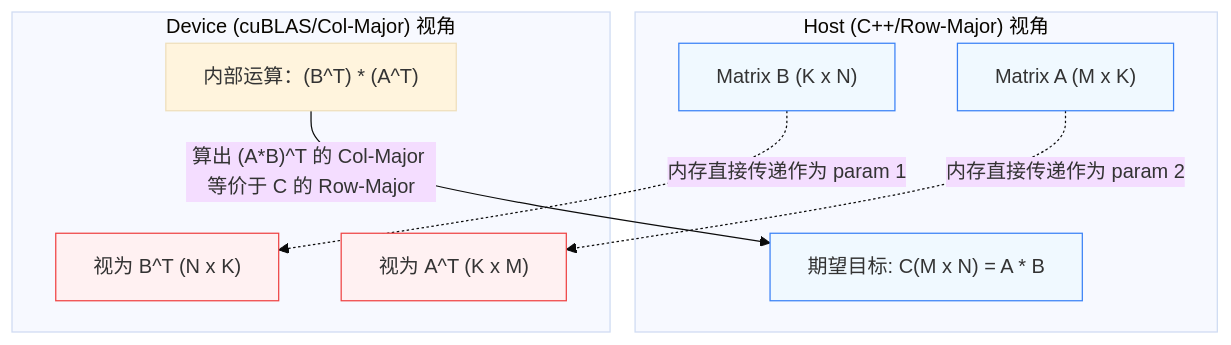
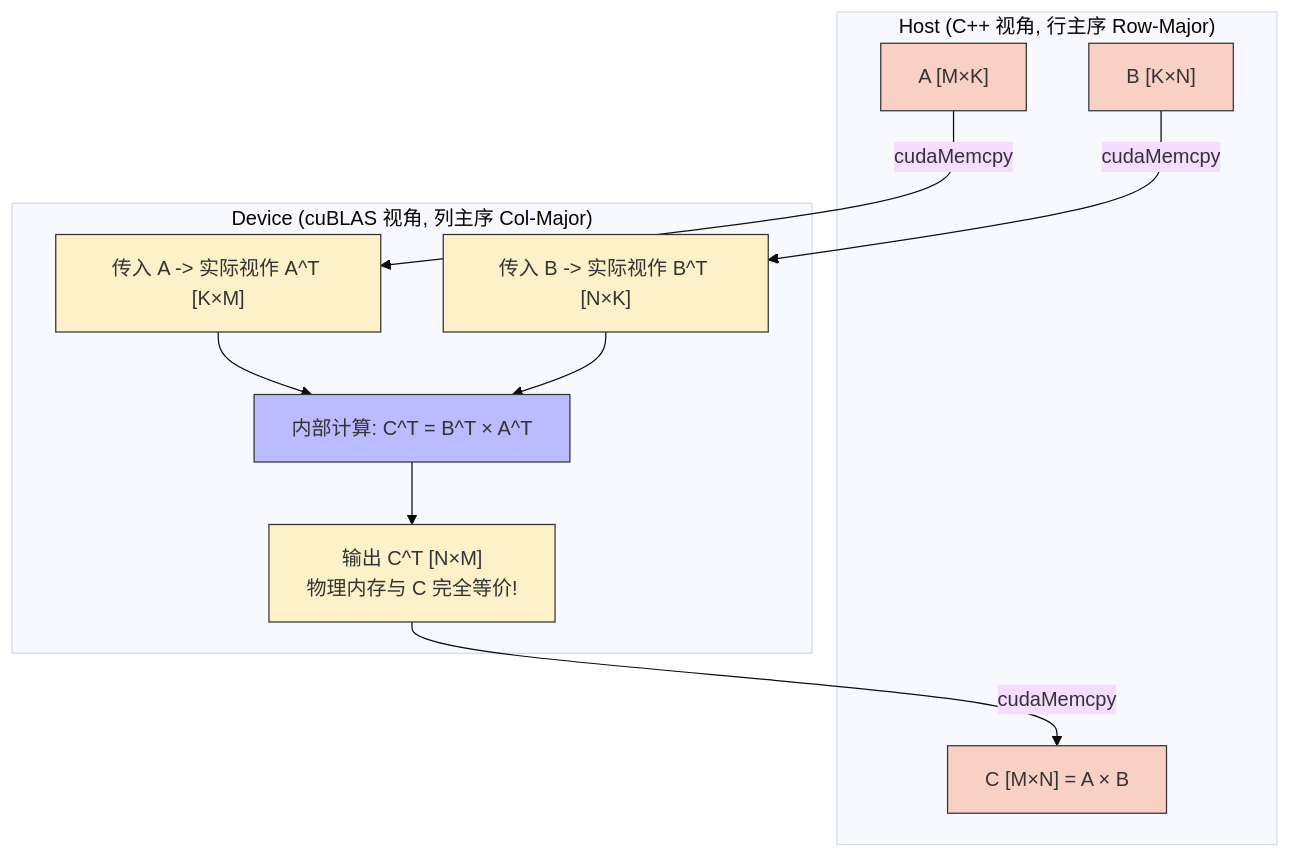
Before and after one commit to psmarter/CUDA-Practice: the first of 2 diagrams in 12_Standard_Libraries/README.md, drawn with Mermaid (base theme). The commit also changed other lines of this file and 14 other files, not shown here.

````diff
--- a/12_Standard_Libraries/README.md
+++ b/12_Standard_Libraries/README.md
@@ -49,22 +46,25 @@
 ```mermaid
 graph TD
-    classDef C_data fill:#f0f9ff,stroke:#3b82f6;
-    classDef F_data fill:#fff1f2,stroke:#ef4444;
+    classDef C_data fill:#f9d0c4,stroke:#333;
+    classDef internal fill:#fcf1c8,stroke:#333;
+    classDef logic fill:#bbf,stroke:#333;
 
-    subgraph "Host (C++/Row-Major) 视角"
-        A_cpp["Matrix A (M x K)"]:::C_data
-        B_cpp["Matrix B (K x N)"]:::C_data
-        Target["期望目标: C(M x N) = A * B"]:::C_data
+    subgraph "Host (C++ 视角, 行主序 Row-Major)"
+        HA["A [M×K]"]:::C_data
+        HB["B [K×N]"]:::C_data
+        HC["C [M×N] = A × B"]:::C_data
     end
 
-    subgraph "Device (cuBLAS/Col-Major) 视角"
-        A_cu["视为 B^T (N x K)"]:::F_data
-        B_cu["视为 A^T (K x M)"]:::F_data
-        calc["内部运算：(B^T) * (A^T)"]
+    subgraph "Device (cuBLAS 视角, 列主序 Col-Major)"
+        DA["传入 A -> 实际视作 A^T [K×M]"]:::internal
+        DB["传入 B -> 实际视作 B^T [N×K]"]:::internal
+        DC["内部计算: C^T = B^T × A^T"]:::logic
+        OUT["输出 C^T [N×M]\n物理内存与 C 完全等价!"]:::internal
     end
-    
-    A_cpp -.->|"内存直接传递作为 param 2"| B_cu
-    B_cpp -.->|"内存直接传递作为 param 1"| A_cu
-    
-    calc --"算出 (A*B)^T 的 Col-Major 等价于 C 的 Row-Major"--> Target
+
+    HA --> |cudaMemcpy| DA
+    HB --> |cudaMemcpy| DB
+    DA & DB --> DC
+    DC --> OUT
+    OUT --> |cudaMemcpy| HC
 ```
````
